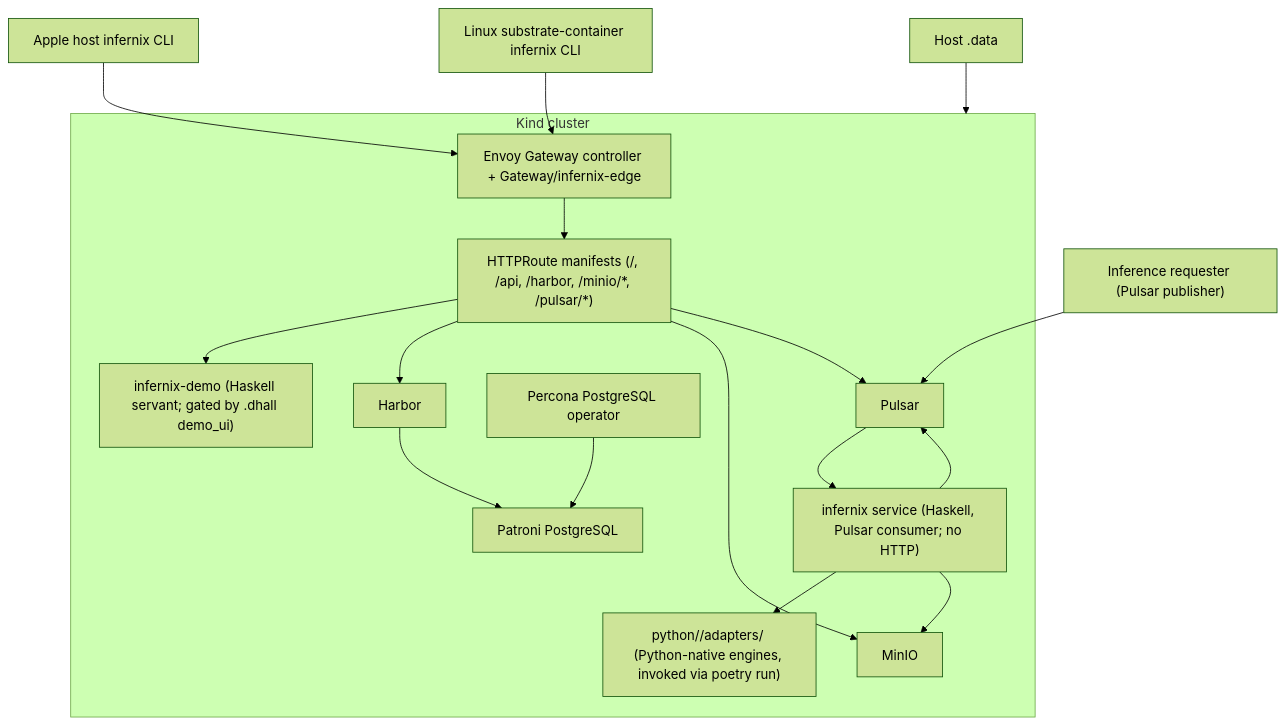
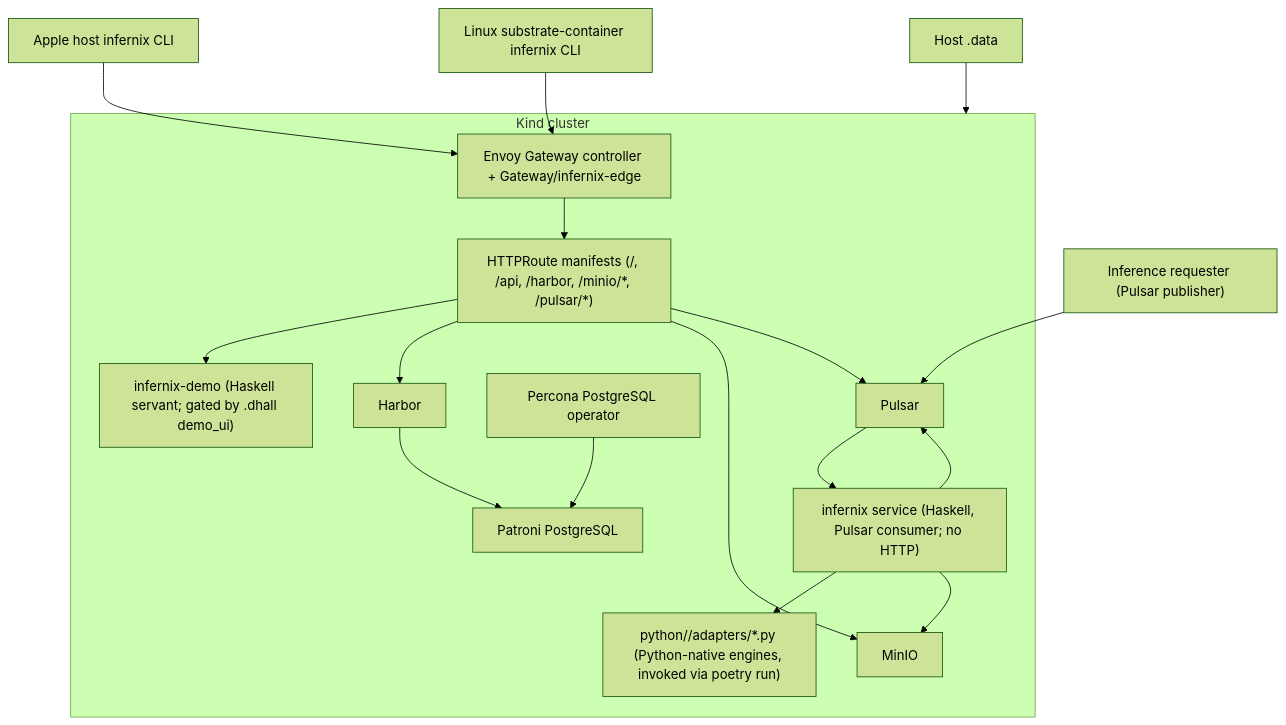
One commit to Tuee22/infernix changed the diagram in DEVELOPMENT_PLAN/00-overview.md. Above: the diagram before and after it, drawn with Mermaid (forest theme). The commit also changed other lines of this file and 156 other files, not shown here.

````diff
--- a/DEVELOPMENT_PLAN/00-overview.md
+++ b/DEVELOPMENT_PLAN/00-overview.md
@@ -107,36 +107,36 @@
 ```mermaid
 flowchart TB
     apple["Apple host infernix CLI"]
     linux["Linux substrate-container infernix CLI"]
     data["Host .data"]
     pulsarClient["Inference requester (Pulsar publisher)"]
 
     subgraph kind["Kind cluster"]
         envoy["Envoy Gateway controller + Gateway/infernix-edge"]
         routes["HTTPRoute manifests (/, /api, /harbor, /minio/*, /pulsar/*)"]
         demo["infernix-demo (Haskell servant; gated by .dhall demo_ui)"]
         service["infernix service (Haskell, Pulsar consumer; no HTTP)"]
-        adapters["python/<substrate>/adapters/<engine> (Python-native engines, invoked via poetry run)"]
+        adapters["python/<substrate>/adapters/*.py (Python-native engines, invoked via poetry run)"]
         harbor["Harbor"]
         minio["MinIO"]
         pgop["Percona PostgreSQL operator"]
         postgres["Patroni PostgreSQL"]
         pulsar["Pulsar"]
     end
 
     apple --> envoy
     linux --> envoy
     pulsarClient --> pulsar
     envoy --> routes
     routes --> demo
     routes --> harbor
     routes --> minio
     routes --> pulsar
     harbor --> postgres
     pgop --> postgres
     pulsar --> service
     service --> adapters
     service --> minio
     service --> pulsar
     data --> kind
 ```
````
